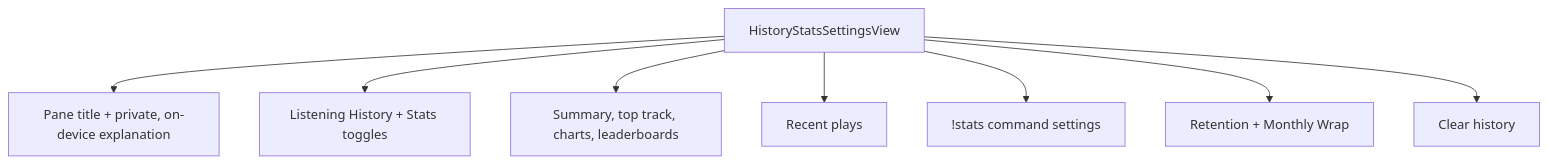
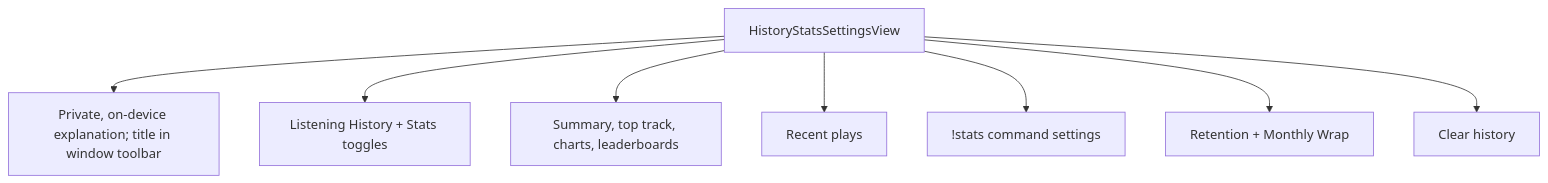
One commit to MrDemonWolf/wolfwave changed the diagram in design-system/components/history-stats-settings-view.md. Above: the diagram before and after it, drawn with Mermaid. The commit also changed other lines of this file and 8 other files, not shown here.

````diff
--- a/design-system/components/history-stats-settings-view.md
+++ b/design-system/components/history-stats-settings-view.md
@@ -34,10 +34,10 @@
 ```mermaid
 flowchart TD
-  Pane[HistoryStatsSettingsView] --> Intro[Pane title + private, on-device explanation]
+  Pane[HistoryStatsSettingsView] --> Intro[Private, on-device explanation; title in window toolbar]
   Pane --> Toggles[Listening History + Stats toggles]
   Pane --> Dashboard[Summary, top track, charts, leaderboards]
   Pane --> Recent[Recent plays]
   Pane --> Command[!stats command settings]
   Pane --> Manage[Retention + Monthly Wrap]
   Pane --> Danger[Clear history]
 ```
````
